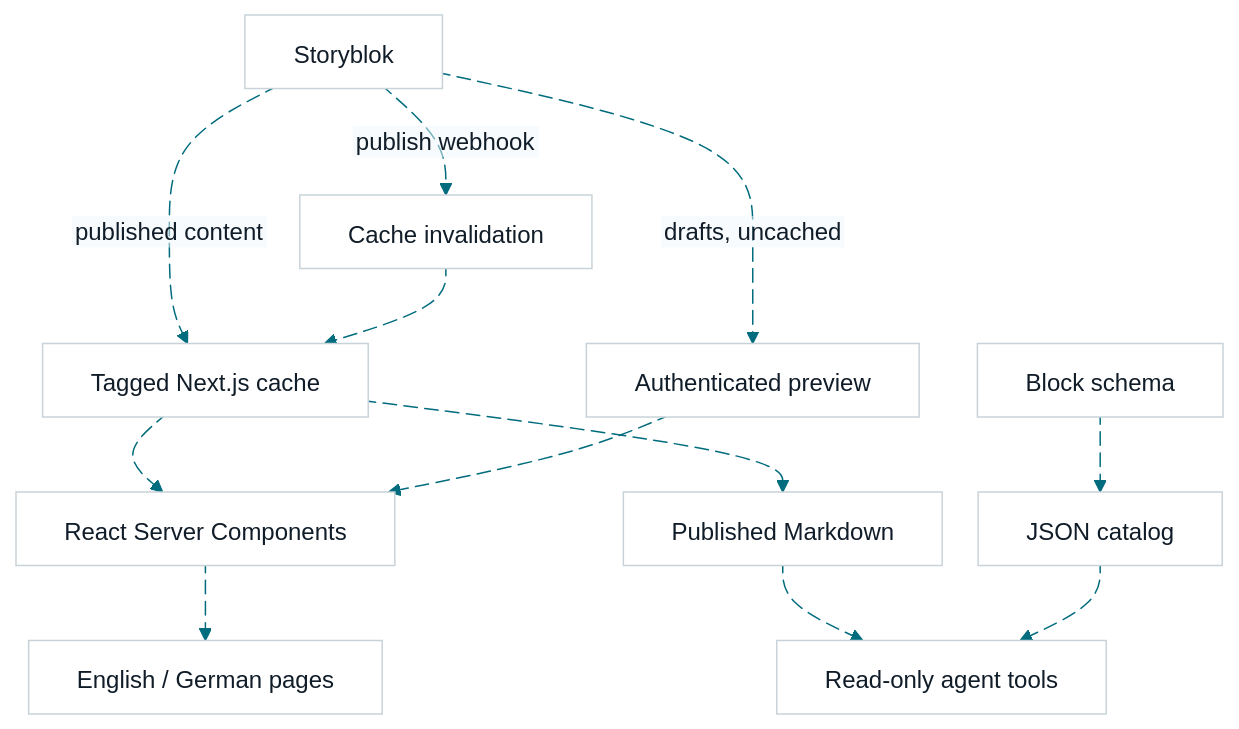
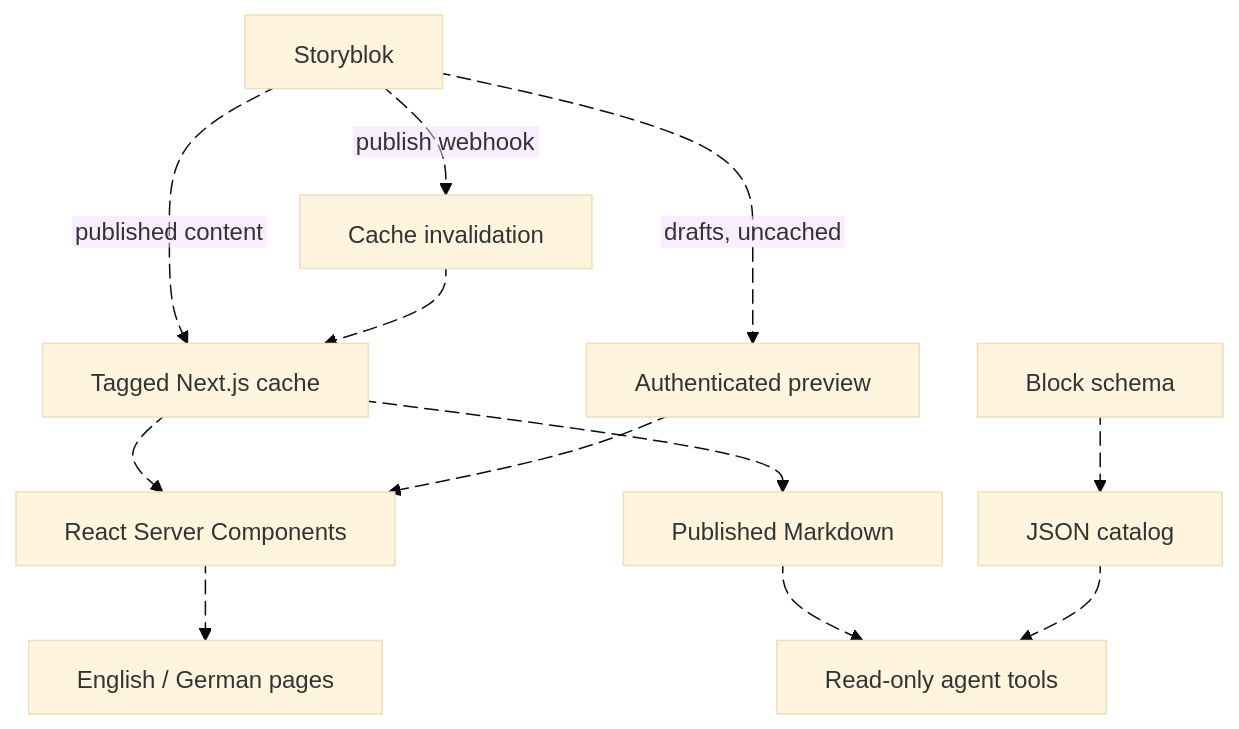
One commit to marcop135/nextstory changed the diagram in docs/content-flow.mmd. Above: the diagram before and after it, drawn with Mermaid. The commit also changed 7 other files, not shown here.

First line of the commit message:
docs: add light and dark README diagrams (#79)

```diff
--- a/docs/content-flow.mmd
+++ b/docs/content-flow.mmd
@@ -1,51 +1,45 @@
 ---
 config:
   theme: base
   htmlLabels: false
   fontFamily: 'Segoe UI, Arial, sans-serif'
-  themeVariables:
-    primaryColor: '#FFFFFF'
-    primaryTextColor: '#101C28'
-    primaryBorderColor: '#C8D3D9'
-    lineColor: '#006C7D'
-    edgeLabelBackground: '#EFF7FB'
-    background: '#EFF7FB'
   flowchart:
     nodeSpacing: 24
     rankSpacing: 50
     padding: 16
   themeCSS: |
     .node rect { rx: 8px; ry: 8px; }
     .edgePath path { stroke-width: 2px; }
     @media (prefers-reduced-motion: reduce) {
       .edge-animation-slow { animation: none !important; stroke-dasharray: none !important; }
     }
 ---
 %% Regenerate from the repository root with Mermaid CLI 12:
-%% mmdc -i docs/content-flow.mmd -o docs/content-flow.svg -b '#EFF7FB' -I content-flow
+%% mmdc -i docs/content-flow.mmd -c docs/content-flow-light.json -o docs/content-flow-light.svg -b '#EFF7FB' -I content-flow-light
+%% mmdc -i docs/content-flow.mmd -c docs/content-flow-dark.json -o docs/content-flow-dark.svg -b '#091018' -I content-flow-dark
 flowchart TB
   accTitle: How content flows
   accDescr: Storyblok sends published content to the tagged Next.js cache, drafts to authenticated preview, and publish webhooks to cache invalidation. Cache and preview feed React Server Components for English and German pages. Published Markdown and the block schema JSON catalog feed read-only agent tools.
   CMS[Storyblok]
   CMS published@-->|published content| Cache[Tagged Next.js cache]
   CMS drafts@-->|drafts, uncached| Preview[Authenticated preview]
   CMS webhook@-->|publish webhook| Revalidate[Cache invalidation]
   Revalidate invalidate@--> Cache
   Cache render@--> RSC[React Server Components]
   Preview preview@--> RSC
   RSC pages@--> Pages[English / German pages]
   Cache markdown@--> Markdown[Published Markdown]
   Schema[Block schema] catalog@--> Catalog[JSON catalog]
   Markdown contentTools@--> Tools[Read-only agent tools]
   Catalog schemaTools@--> Tools
   published@{ animation: slow }
   drafts@{ animation: slow }
   webhook@{ animation: slow }
   invalidate@{ animation: slow }
   render@{ animation: slow }
   preview@{ animation: slow }
   pages@{ animation: slow }
   markdown@{ animation: slow }
   catalog@{ animation: slow }
   contentTools@{ animation: slow }
   schemaTools@{ animation: slow }
```
